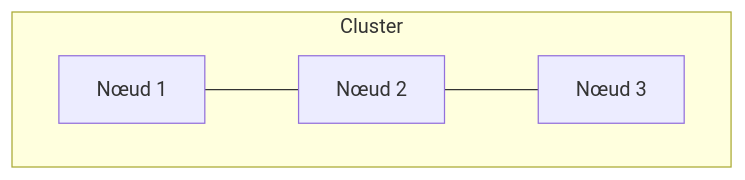
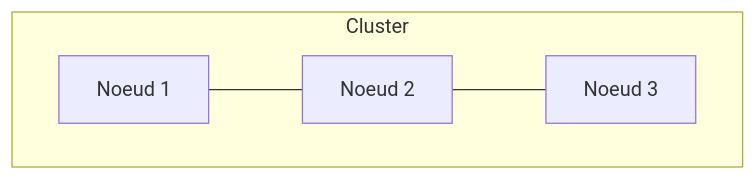
One commit to haythem-rehouma/Elastic-Search-0 changed the first of 3 diagrams in docs2-cours1/03-concepts-cles-elasticsearch.md. Above: the diagram before and after it, drawn with Mermaid. The commit also changed other lines of this file and 49 other files, not shown here.

````diff
--- a/docs2-cours1/03-concepts-cles-elasticsearch.md
+++ b/docs2-cours1/03-concepts-cles-elasticsearch.md
@@ -21,9 +21,9 @@
 ```mermaid
 flowchart TB
     subgraph Cluster
-      N1[Nœud 1]
-      N2[Nœud 2]
-      N3[Nœud 3]
+      N1["Noeud 1"]
+      N2["Noeud 2"]
+      N3["Noeud 3"]
     end
     N1 --- N2 --- N3
 ```
````
